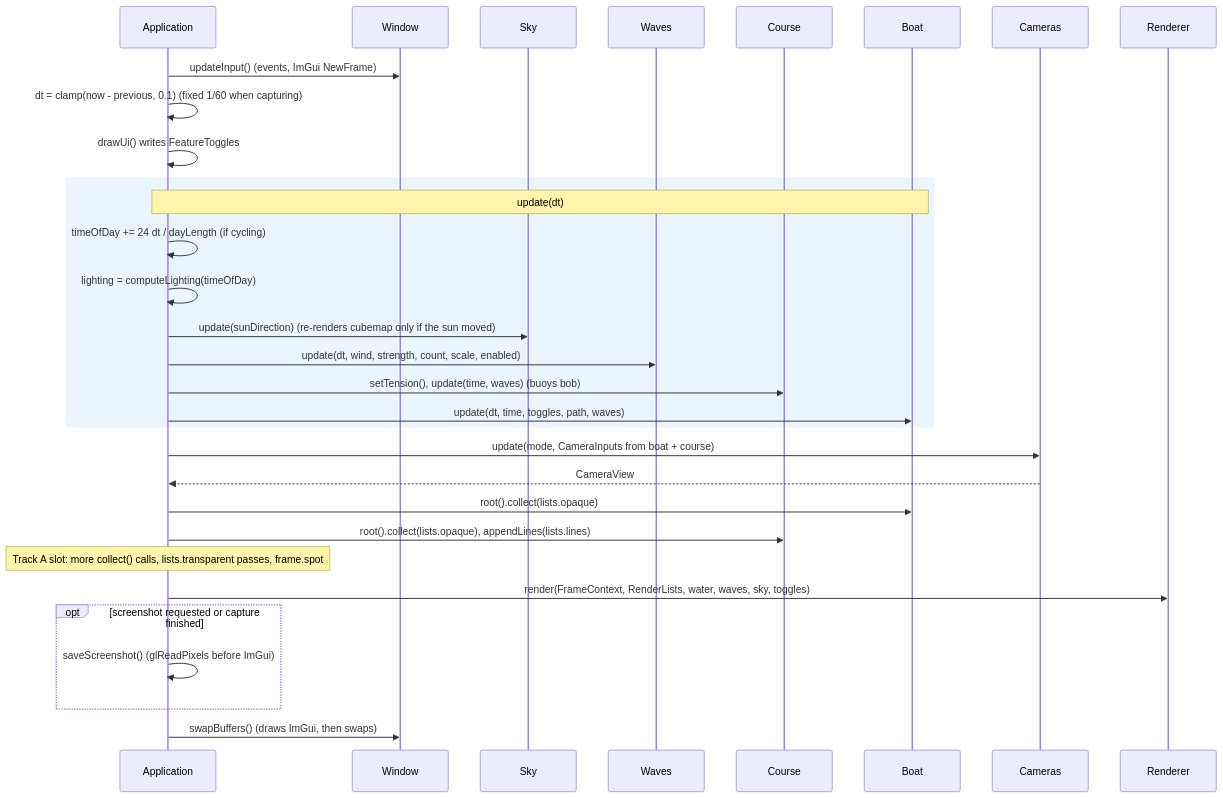
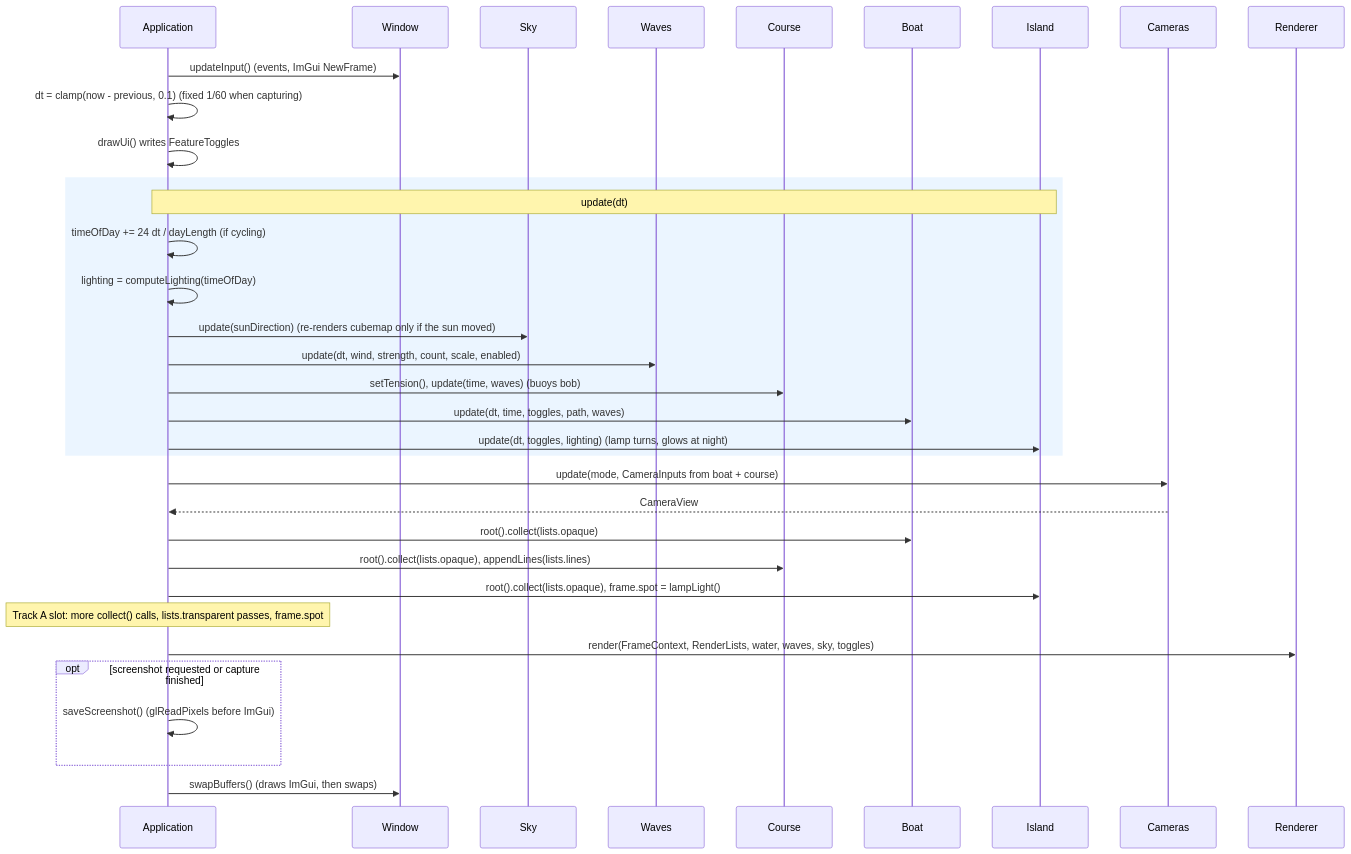
One commit to groundbeeflover/sailboat-tech-demo changed the sixth of 12 diagrams in docs/ARCHITECTURE.md. Above: the diagram before and after it, drawn with Mermaid. The commit also changed other lines of this file and 10 other files, not shown here.

````diff
--- a/docs/ARCHITECTURE.md
+++ b/docs/ARCHITECTURE.md
@@ -564,34 +591,37 @@
 ```mermaid
 sequenceDiagram
     participant App as Application
     participant Win as Window
     participant Sky
     participant Waves
     participant Course
     participant Boat
+    participant Island
     participant Cams as Cameras
     participant R as Renderer
 
     App->>Win: updateInput() (events, ImGui NewFrame)
     App->>App: dt = clamp(now - previous, 0.1) (fixed 1/60 when capturing)
     App->>App: drawUi() writes FeatureToggles
     rect rgb(235, 245, 255)
-    note over App,Boat: update(dt)
+    note over App,Island: update(dt)
     App->>App: timeOfDay += 24 dt / dayLength (if cycling)
     App->>App: lighting = computeLighting(timeOfDay)
     App->>Sky: update(sunDirection) (re-renders cubemap only if the sun moved)
     App->>Waves: update(dt, wind, strength, count, scale, enabled)
     App->>Course: setTension(), update(time, waves) (buoys bob)
     App->>Boat: update(dt, time, toggles, path, waves)
+    App->>Island: update(dt, toggles, lighting) (lamp turns, glows at night)
     end
     App->>Cams: update(mode, CameraInputs from boat + course)
     Cams-->>App: CameraView
     App->>Boat: root().collect(lists.opaque)
     App->>Course: root().collect(lists.opaque), appendLines(lists.lines)
+    App->>Island: root().collect(lists.opaque), frame.spot = lampLight()
     note over App: Track A slot: more collect() calls, lists.transparent passes, frame.spot
     App->>R: render(FrameContext, RenderLists, water, waves, sky, toggles)
     opt screenshot requested or capture finished
         App->>App: saveScreenshot() (glReadPixels before ImGui)
     end
     App->>Win: swapBuffers() (draws ImGui, then swaps)
 ```
````
